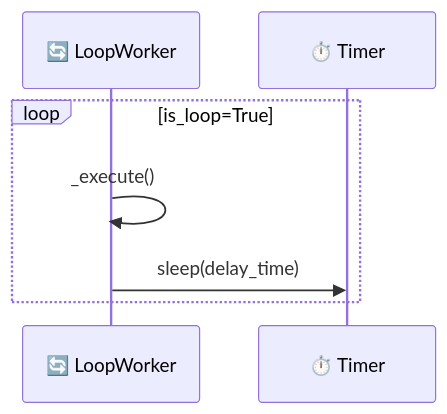
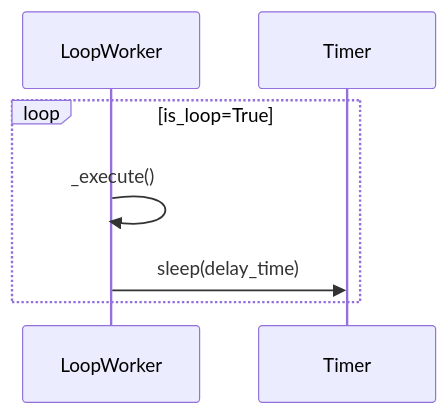
Before and after one commit to YearsAlso/zoo-framework-doc: the second of 7 diagrams in docs/zh/core/worker.md, drawn with Mermaid. The commit also changed other lines of this file and 24 other files, not shown here.

First line of the commit message:
docs(site): 站点正式化与内容严肃化，附 bench 报告截图

````diff
--- a/docs/zh/core/worker.md
+++ b/docs/zh/core/worker.md
@@ -129,10 +129,10 @@
 ```mermaid
 sequenceDiagram
-    participant W as 🔄 LoopWorker
-    participant T as ⏱️ Timer
+    participant W as  LoopWorker
+    participant T as  Timer
     
     loop is_loop=True
         W->>W: _execute()
         W->>T: sleep(delay_time)
     end
 ```
````
